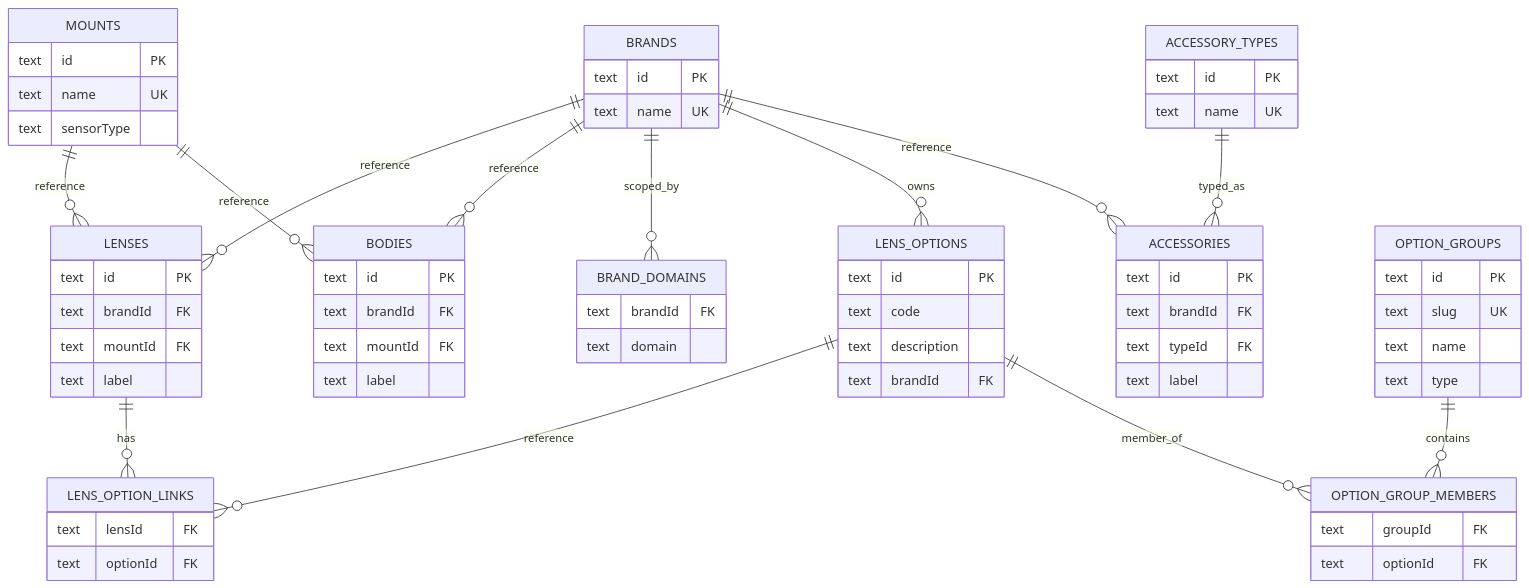
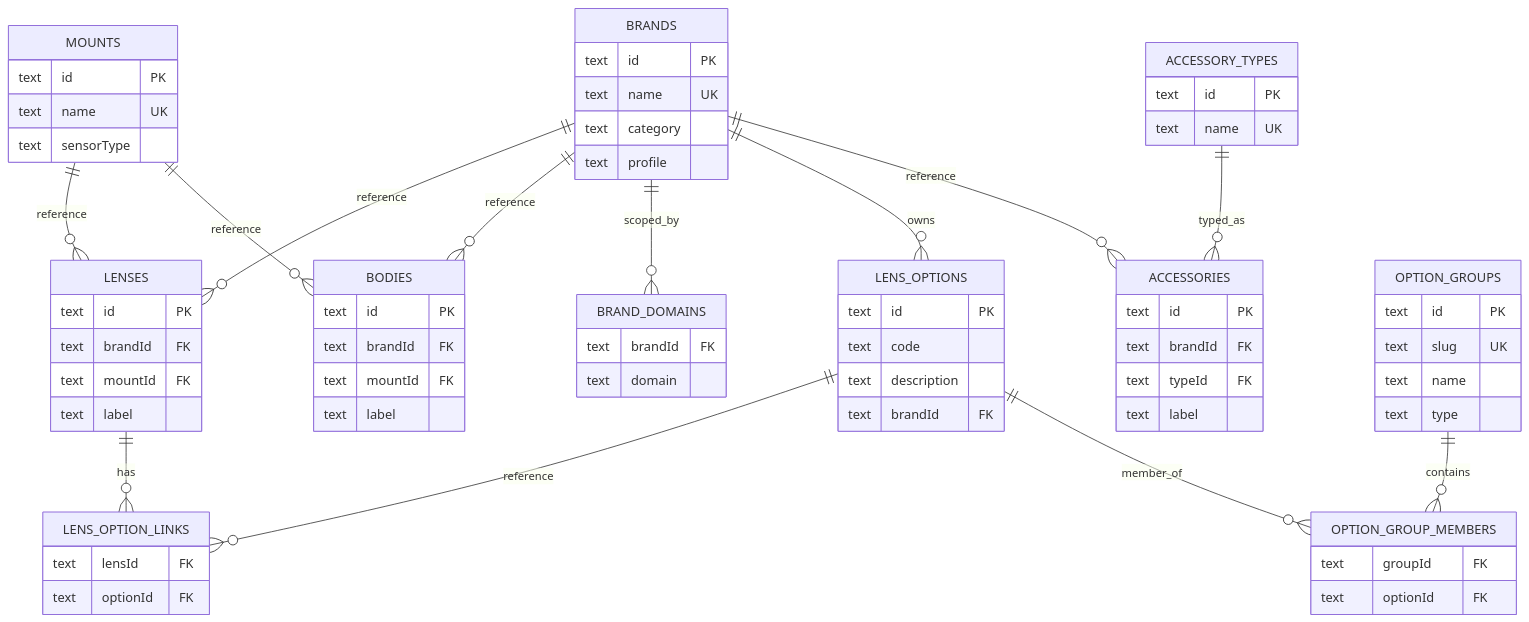
The second of 2 diagrams in README.md (ThibaultAuge/PhotoPark), drawn with Mermaid before and after one commit. The commit also changed other lines of this file and 30 other files, not shown here.

````diff
--- a/README.md
+++ b/README.md
@@ -572,71 +603,73 @@
 ```mermaid
 erDiagram
     BRANDS ||--o{ LENSES : reference
     BRANDS ||--o{ BODIES : reference
     BRANDS ||--o{ BRAND_DOMAINS : scoped_by
     BRANDS ||--o{ LENS_OPTIONS : owns
     BRANDS ||--o{ ACCESSORIES : reference
     MOUNTS ||--o{ LENSES : reference
     MOUNTS ||--o{ BODIES : reference
     LENSES ||--o{ LENS_OPTION_LINKS : has
     LENS_OPTIONS ||--o{ LENS_OPTION_LINKS : reference
     OPTION_GROUPS ||--o{ OPTION_GROUP_MEMBERS : contains
     LENS_OPTIONS ||--o{ OPTION_GROUP_MEMBERS : member_of
     ACCESSORY_TYPES ||--o{ ACCESSORIES : typed_as
 
     BRANDS {
         text id PK
         text name UK
+        text category
+        text profile
     }
     BRAND_DOMAINS {
         text brandId FK
         text domain
     }
     MOUNTS {
         text id PK
         text name UK
         text sensorType
     }
     LENS_OPTIONS {
         text id PK
         text code
         text description
         text brandId FK
     }
     LENSES {
         text id PK
         text brandId FK
         text mountId FK
         text label
     }
     BODIES {
         text id PK
         text brandId FK
         text mountId FK
         text label
     }
     LENS_OPTION_LINKS {
         text lensId FK
         text optionId FK
     }
     OPTION_GROUPS {
         text id PK
         text slug UK
         text name
         text type
     }
     OPTION_GROUP_MEMBERS {
         text groupId FK
         text optionId FK
     }
     ACCESSORY_TYPES {
         text id PK
         text name UK
     }
     ACCESSORIES {
         text id PK
         text brandId FK
         text typeId FK
         text label
     }
 ```
````
